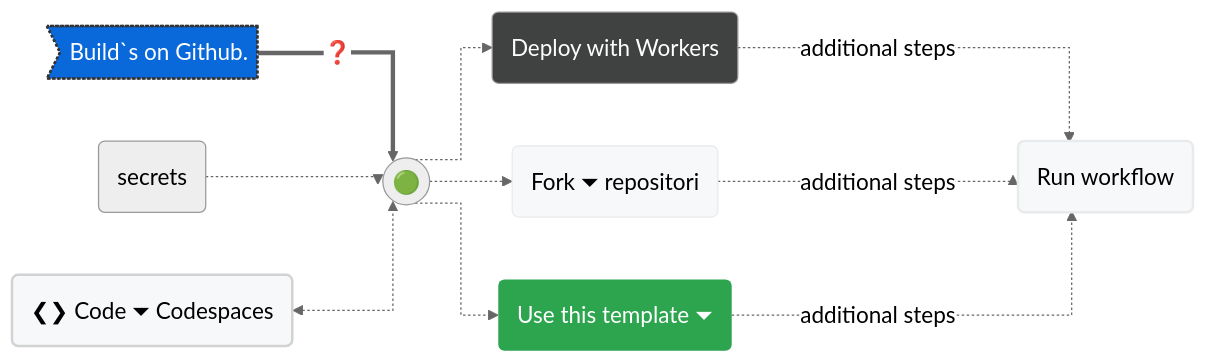
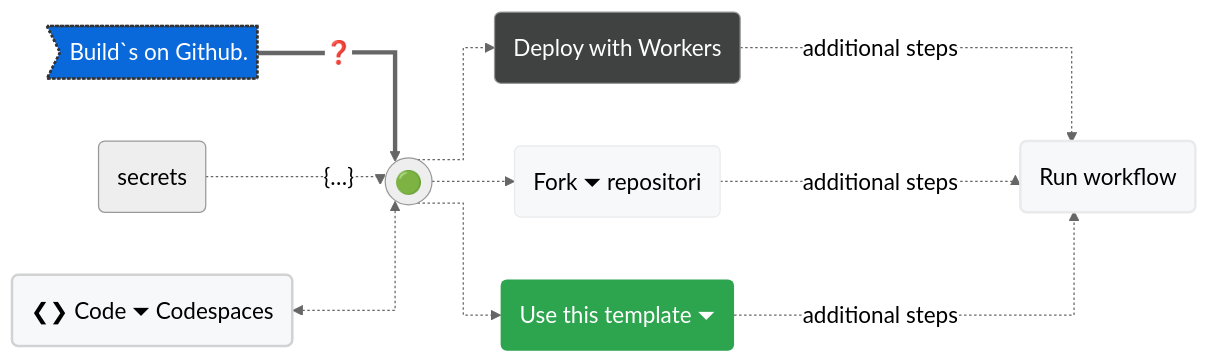
Before and after one commit to milankomaj/dev-badge: the diagram in README.md, drawn with Mermaid.

````diff
--- a/README.md
+++ b/README.md
@@ -12,27 +12,27 @@
 ```mermaid
 %%{init: {'theme': 'neutral', 'themeVariables': { 'fontSize': '18px'}}}%%
 %%{ init: { 'flowchart': { 'curve': 'stepAfter' } } }%%
 flowchart LR
 
 A>Build`s on Github.] ==>|"#10067;"| B
-X("secrets") .->B(("🟢"))
+X("secrets") .->|"{#133;}"|B(("🟢"))
 G("#10094;#10095;  Code #9207; Codespaces")<.->B(("🟢"))
 B(("🟢")) .->C("Deploy with Workers")
 B(("🟢")) .->D("Fork #9207; repositori")
 B(("🟢")) .->E("Use this template #9207;")
 C & D & E -..->|"additional steps"| F("Run workflow") 
 
 style F fill:#f6f8fa,stroke:#333,stroke-width:2px
 style C fill:#404242,color:#fefefe
 style D fill:#f6f8fa,stroke:#e9eaec
 style E fill:#2da44e,stroke-width:0px,color:#ffffff
 style F fill:#f6f8fa,stroke:#e9eaec
 style G fill:#f6f8fa,stroke:#d1d2d4,stroke-width:2px
 style A fill:#0969da,stroke:#333,stroke-width:2px,color:#fff,stroke-dasharray: 2 2
 
 click A "https://github.com/milankomaj/dev-badge"
 click D "https://github.com/milankomaj/dev-badge/fork"
 click E "https://github.com/milankomaj/dev-badge/generate"
 click G "https://github.com/codespaces"
 
 ```
````
